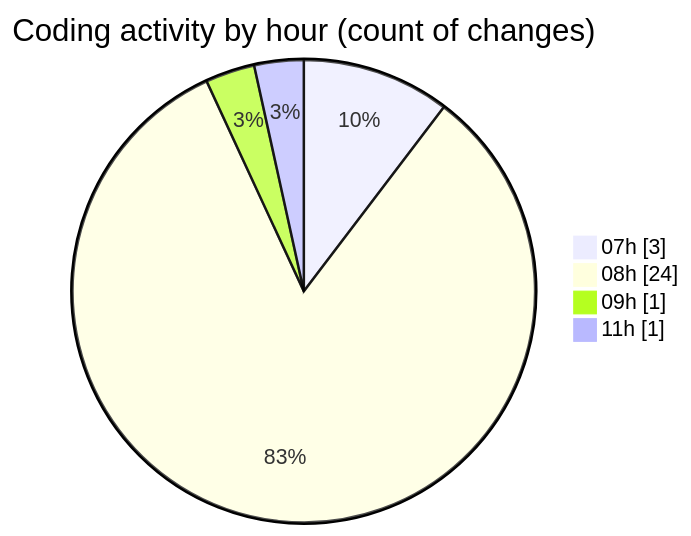
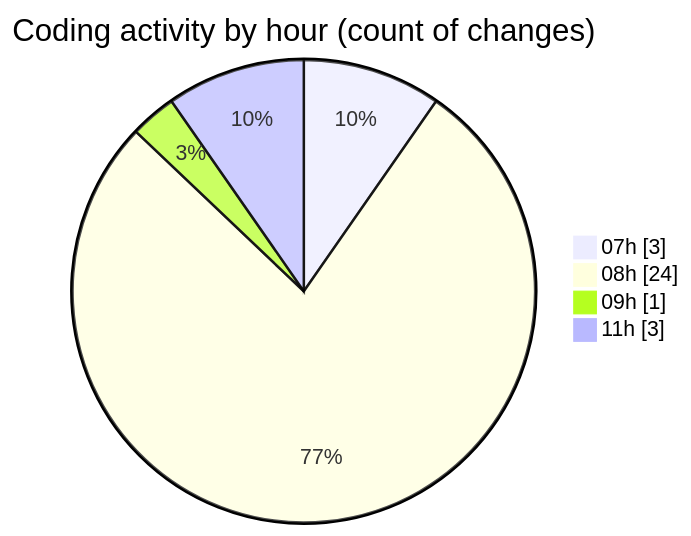
Before and after one commit to becaeroporto-bot/code-tracking: the second of 2 diagrams in 2026-02-20/bot_i_a/README.md, drawn with Mermaid. The commit also changed other lines of this file and 1 other file, not shown here.

````diff
--- a/2026-02-20/bot_i_a/README.md
+++ b/2026-02-20/bot_i_a/README.md
@@ -41,8 +43,8 @@
 ```mermaid
 pie showData
 title Coding activity by hour (count of changes)
 "07h" : 3
 "08h" : 24
 "09h" : 1
-"11h" : 1
+"11h" : 3
 ```
````
